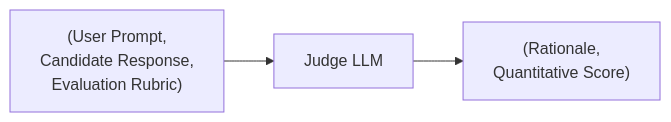
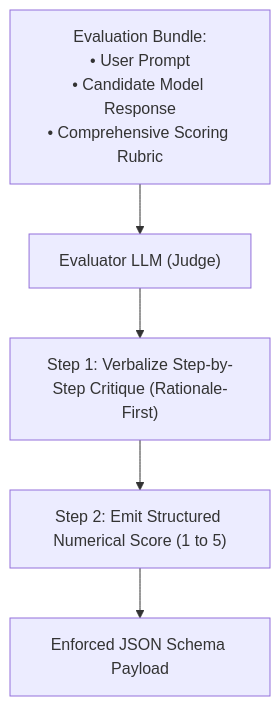
Before and after one commit to 1345AbhishekKumar/cs-cookbook: the second of 6 diagrams in content/docs/ai-agents/agentic-ai/08-llm-evaluation-and-benchmarks.mdx, drawn with Mermaid. The commit also changed other lines of this file and 299 other files, not shown here.

````diff
--- a/content/docs/ai-agents/agentic-ai/08-llm-evaluation-and-benchmarks.mdx
+++ b/content/docs/ai-agents/agentic-ai/08-llm-evaluation-and-benchmarks.mdx
@@ -62,5 +105,8 @@
 ```mermaid
-flowchart LR
-    In["(User Prompt,<br/>Candidate Response,<br/>Evaluation Rubric)"] --> Judge["Judge LLM"]
-    Judge --> Out["(Rationale,<br/>Quantitative Score)"]
+flowchart TD
+    Inputs["Evaluation Bundle:<br/>• User Prompt<br/>• Candidate Model Response<br/>• Comprehensive Scoring Rubric"] --> Judge["Evaluator LLM (Judge)"]
+    
+    Judge --> Step1["Step 1: Verbalize Step-by-Step Critique (Rationale-First)"]
+    Step1 --> Step2["Step 2: Emit Structured Numerical Score (1 to 5)"]
+    Step2 --> Output["Enforced JSON Schema Payload"]
 ```
````
